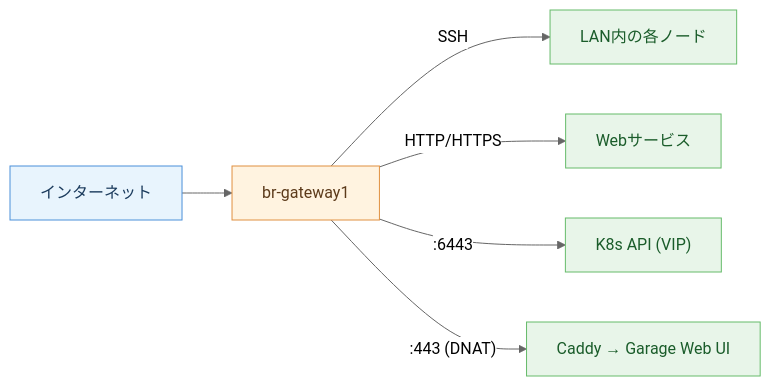
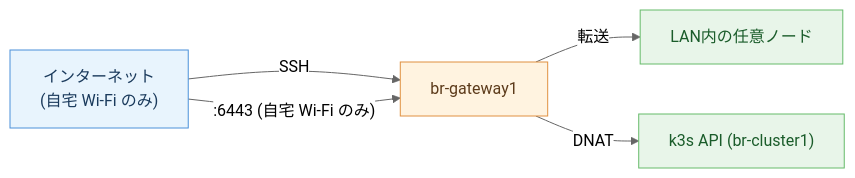
The fifth of 8 diagrams in docs/network-nftables-guide.md (bright-room/br-cluster), drawn with Mermaid (neutral theme) before and after one commit. The commit also changed other lines of this file and 3 other files, not shown here.

````diff
--- a/docs/network-nftables-guide.md
+++ b/docs/network-nftables-guide.md
@@ -114,15 +115,12 @@
 ```mermaid
 graph LR
-    Internet["インターネット"] --> GW["br-gateway1"]
-    GW -->|SSH| Nodes["LAN内の各ノード"]
-    GW -->|"HTTP/HTTPS"| Web["Webサービス"]
-    GW -->|":6443"| K8s["K8s API (VIP)"]
-    GW -->|":443 (DNAT)"| Caddy["Caddy → Garage Web UI"]
+    Internet["インターネット<br/>(自宅 Wi-Fi のみ)"] -->|SSH| GW["br-gateway1"]
+    GW -->|"転送"| Nodes["LAN内の任意ノード"]
+    Internet -->|":6443 (自宅 Wi-Fi のみ)"| GW
+    GW -->|"DNAT"| K8s["k3s API (br-cluster1)"]
 
     style Internet fill:#e8f4fd,stroke:#4a90d9,color:#1a3a5c
     style GW fill:#fff3e0,stroke:#e09040,color:#5c3a1a
     style Nodes fill:#e8f5e9,stroke:#66bb6a,color:#1a5c2a
-    style Web fill:#e8f5e9,stroke:#66bb6a,color:#1a5c2a
     style K8s fill:#e8f5e9,stroke:#66bb6a,color:#1a5c2a
-    style Caddy fill:#e8f5e9,stroke:#66bb6a,color:#1a5c2a
 ```
````
